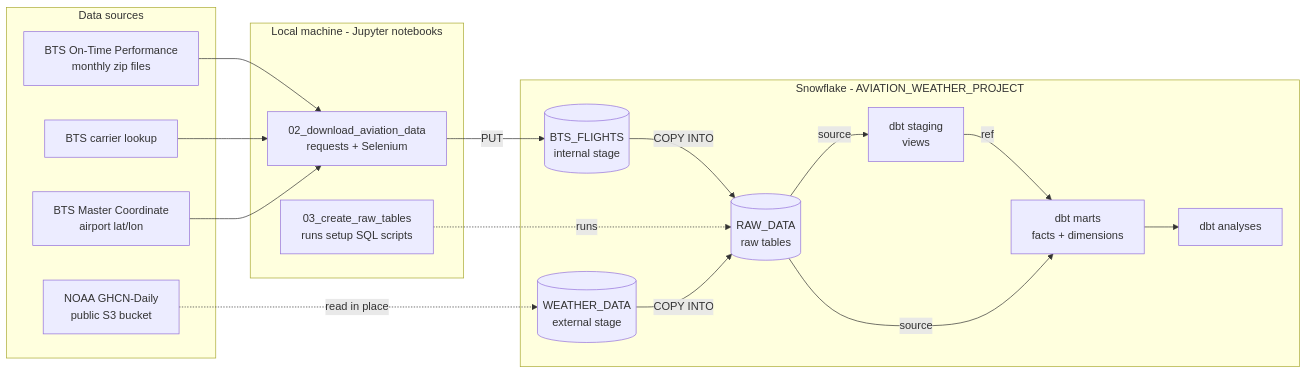
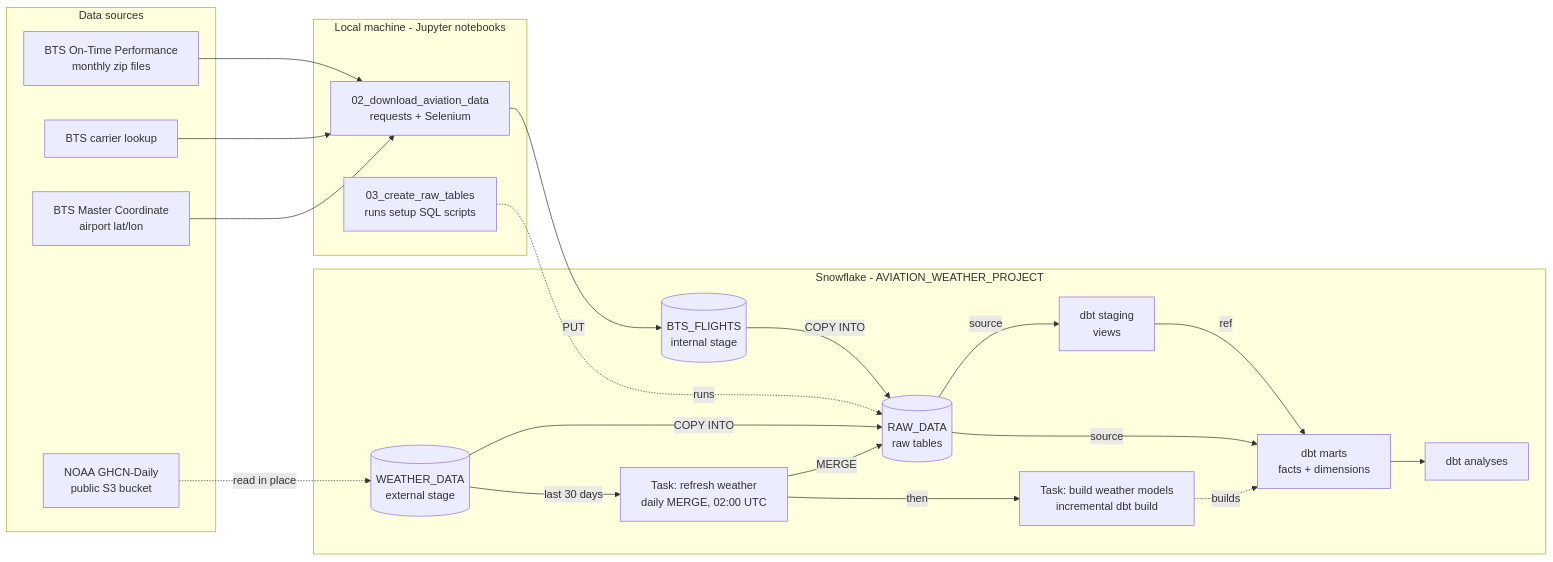
The first of 2 diagrams in README.md (victorlos/aviation-weather-investigation), drawn with Mermaid before and after one commit. The commit also changed other lines of this file, not shown here.

````diff
--- a/README.md
+++ b/README.md
@@ -27,36 +27,42 @@
 ```mermaid
 flowchart LR
     subgraph SRC["Data sources"]
         BTS["BTS On-Time Performance<br/>monthly zip files"]
         LK["BTS carrier lookup"]
         MC["BTS Master Coordinate<br/>airport lat/lon"]
         NOAA["NOAA GHCN-Daily<br/>public S3 bucket"]
     end
  
     subgraph LOCAL["Local machine - Jupyter notebooks"]
         NB2["02_download_aviation_data<br/>requests + Selenium"]
         NB3["03_create_raw_tables<br/>runs setup SQL scripts"]
     end
  
     subgraph SF["Snowflake - AVIATION_WEATHER_PROJECT"]
         ST1[("BTS_FLIGHTS<br/>internal stage")]
         ST2[("WEATHER_DATA<br/>external stage")]
         RAW[("RAW_DATA<br/>raw tables")]
         STG["dbt staging<br/>views"]
         MART["dbt marts<br/>facts + dimensions"]
         AN["dbt analyses"]
+        T1["Task: refresh weather<br/>daily MERGE, 02:00 UTC"]
+        T2["Task: build weather models<br/>incremental dbt build"]
     end
  
     BTS --> NB2
     LK --> NB2
     MC --> NB2
     NB2 -->|PUT| ST1
     NOAA -.->|read in place| ST2
     ST1 -->|COPY INTO| RAW
     ST2 -->|COPY INTO| RAW
     NB3 -.->|runs| RAW
     RAW -->|source| STG
     RAW -->|source| MART
     STG -->|ref| MART
     MART --> AN
+    ST2 -->|last 30 days| T1
+    T1 -->|MERGE| RAW
+    T1 -->|then| T2
+    T2 -.->|builds| MART
 ```
````
